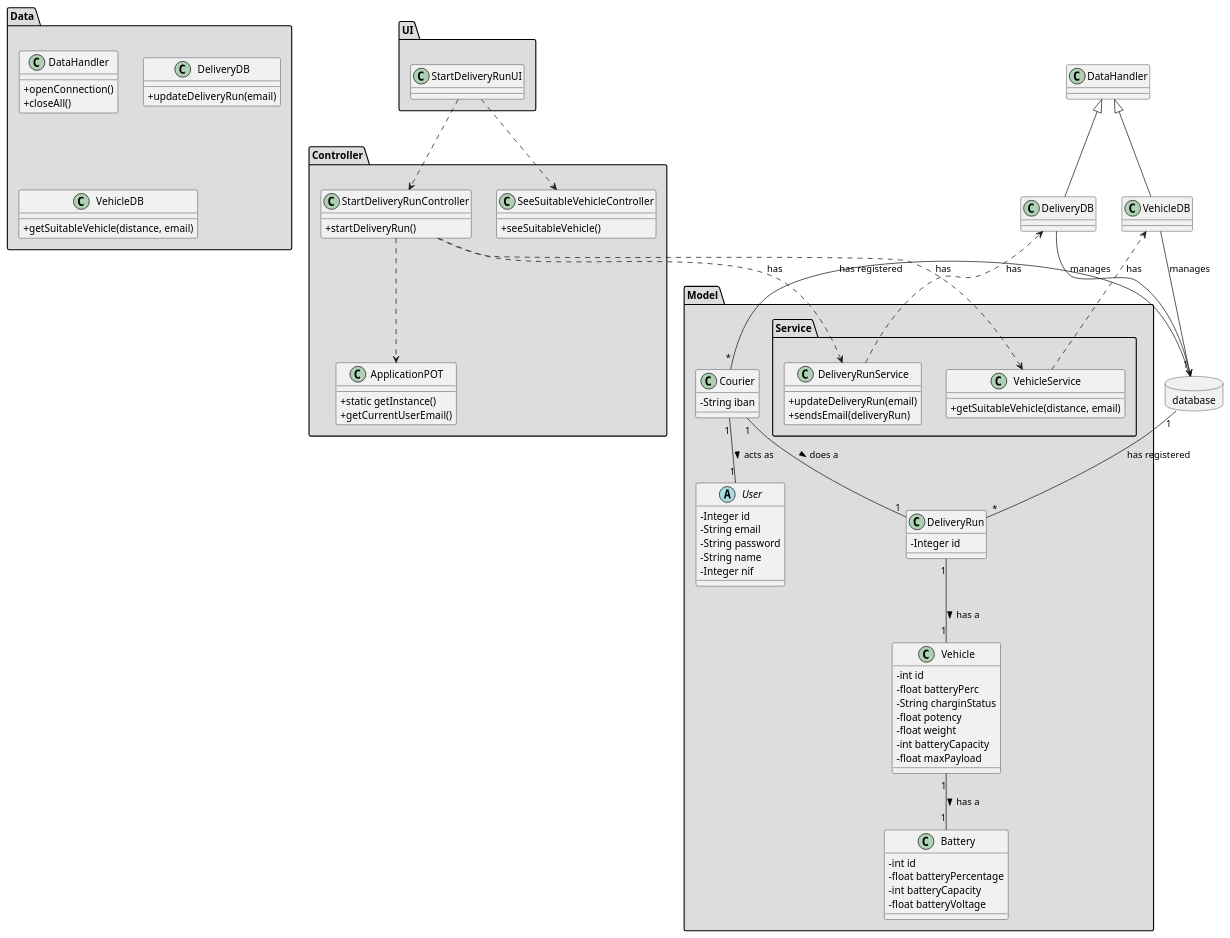
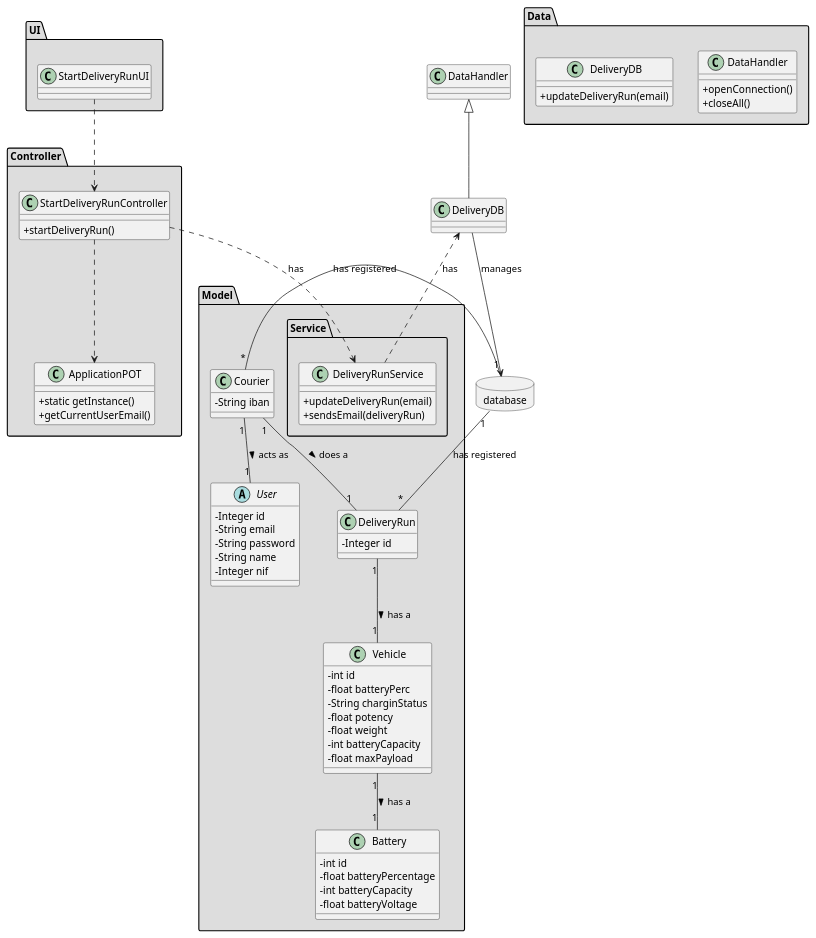
One commit to tiagoavcosta25/LAPR3 changed the diagram in docs/Iteration 3/Delivery Management/Refinement/US205_StartDeliveryRun/US205_CD.puml. Above: the diagram before and after it, drawn with PlantUML. The commit also changed 1 other file, not shown here.

Commit message:
LAPR2AP2-205 #refining StartDeliveryRun [Analysis] LAPR2AP2-205 #refining StartDeliveryRun [Design]

```diff
--- a/docs/Iteration 3/Delivery Management/Refinement/US205_StartDeliveryRun/US205_CD.puml
+++ b/docs/Iteration 3/Delivery Management/Refinement/US205_StartDeliveryRun/US205_CD.puml
@@ -1,119 +1,105 @@
 @startuml
 skinparam classAttributeIconSize 0
 
 package "UI" #DDDDDD{
 class StartDeliveryRunUI {
 
 }
 }
 package "Controller" #DDDDDD {
 class StartDeliveryRunController{
 +startDeliveryRun()
 }
 
-class SeeSuitableVehicleController{
-+seeSuitableVehicle()
-}
 
 
 class ApplicationPOT
 {
   +static getInstance()
   +getCurrentUserEmail()
 }
 }
 
 
 package "Model" #DDDDDD {
 package "Service" #DDDDDD {
    class DeliveryRunService{
           +updateDeliveryRun(email)
           +sendsEmail(deliveryRun)
 
       }
 
-      class VehicleService{
-                +getSuitableVehicle(distance, email)
 
-            }
  }
 }
 
 package "Model" #DDDDDD {
 abstract class User{
 -Integer id
 -String email
 -String password
 -String name
 -Integer nif
 }
 
 class Courier {
       -String iban
 }
 
 
 
 class DeliveryRun{
 -Integer id
 }
 
 class Vehicle{
   -int id
   -float batteryPerc
   -String charginStatus
   -float potency
   -float weight
   -int batteryCapacity
   -float maxPayload
 }
 
 class Battery{
   -int id
   -float batteryPercentage
   -int batteryCapacity
   -float batteryVoltage
 }
 
 
 }
 
 
 package "Data" #DDDDDD {
 class DataHandler{
     +openConnection()
     +closeAll()
 }
 
 class DeliveryDB{
  +updateDeliveryRun(email)
   }
 
-  class VehicleDB{
-   +getSuitableVehicle(distance, email)
-    }
 }
 database database{
 
 }
 class DeliveryDB extends DataHandler
-class VehicleDB extends DataHandler
 
 StartDeliveryRunController ..> ApplicationPOT
 StartDeliveryRunUI ..> StartDeliveryRunController
-StartDeliveryRunUI ..> SeeSuitableVehicleController
 StartDeliveryRunController ..> DeliveryRunService : has
-StartDeliveryRunController ..> VehicleService : has
 DeliveryRunService ..> DeliveryDB : has
-VehicleService ..> VehicleDB : has
 DeliveryDB --> database : manages
-VehicleDB --> database : manages
 
 Courier "1" -- "1" User : acts as >
 Courier "1" -- "1" DeliveryRun : does a >
 Vehicle "1" -- "1" Battery : has a >
 DeliveryRun "1" -- "1" Vehicle :  has a >
 database "1" -- "*" Courier : has registered
 database "1" -- "*" DeliveryRun : has registered
 
 @enduml
```
